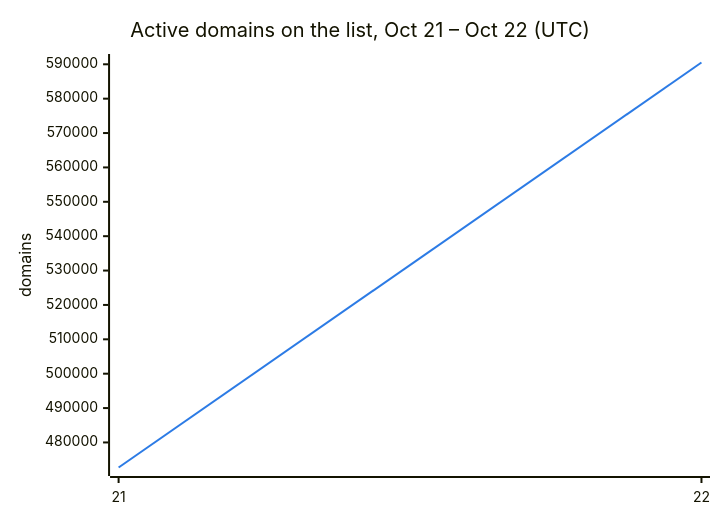
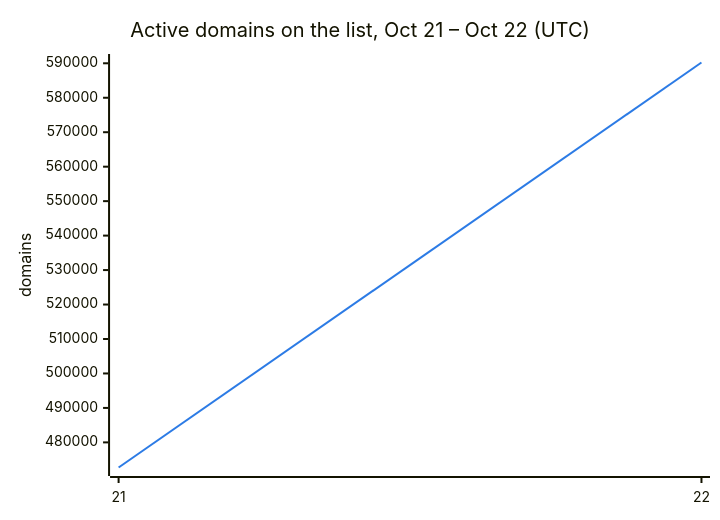
The second of 3 diagrams in README.md (DNSBunker/CTI), drawn with Mermaid before and after one commit. The commit also changed other lines of this file and 3 other files, not shown here.

````diff
--- a/README.md
+++ b/README.md
@@ -38,8 +38,8 @@
 ```mermaid
 %%{init: {"themeVariables": {"xyChart": {"plotColorPalette": "#2c7be5"}}}}%%
 xychart-beta
     title "Active domains on the list, Oct 21 – Oct 22 (UTC)"
     x-axis ["21", "22"]
     y-axis "domains"
-    line [472713, 590521]
+    line [472713, 590229]
 ```
````
